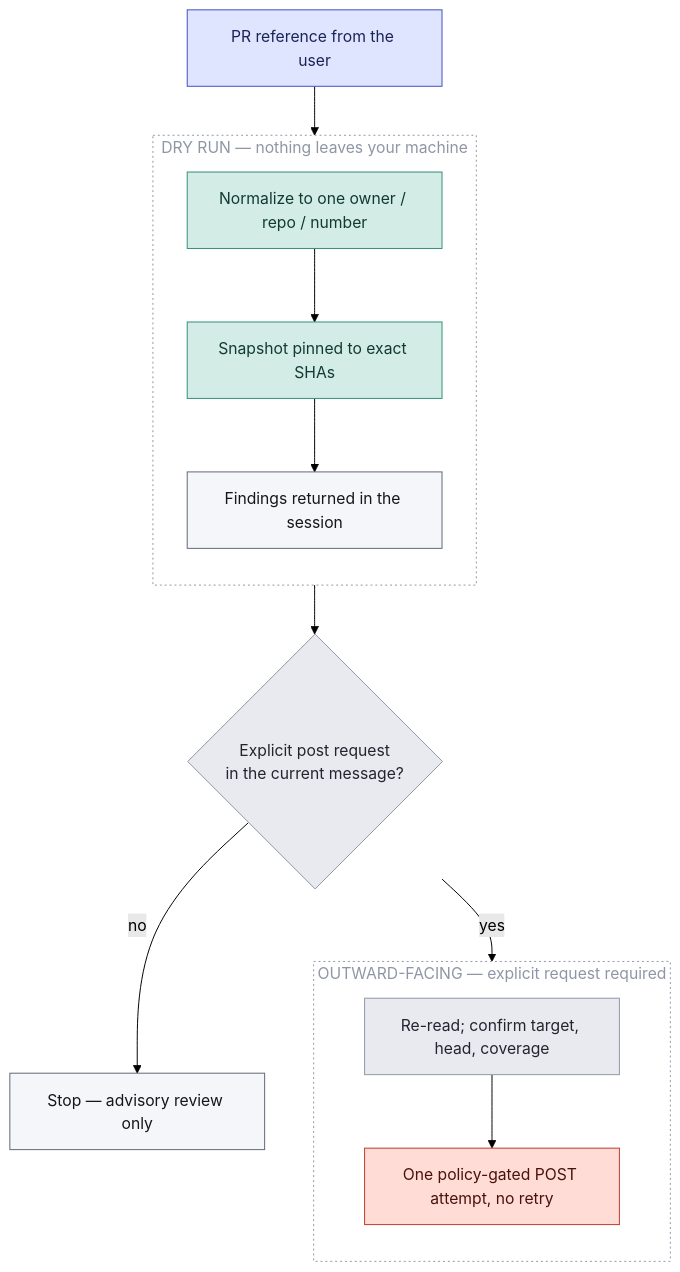
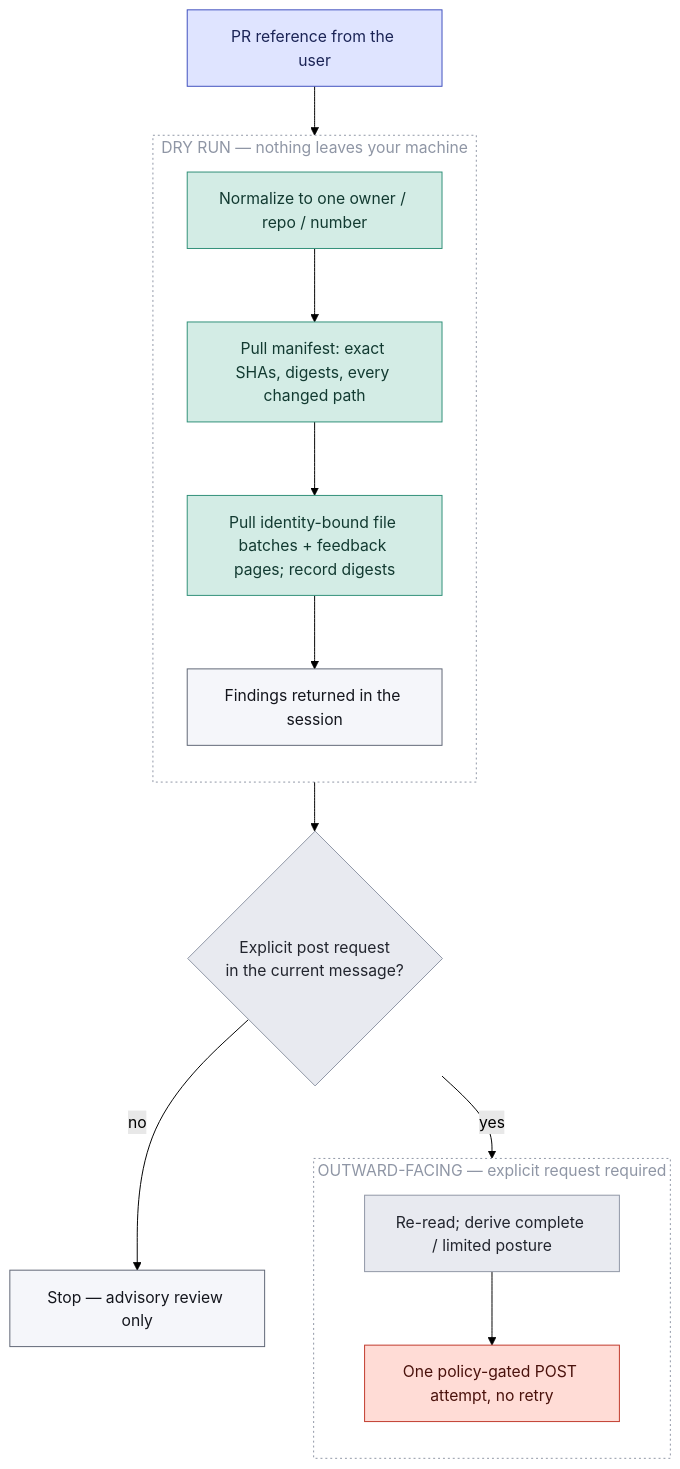
The diagram in docs/src/content/docs/workflows/review-lane.md (sean35mm/naru-opencode), drawn with Mermaid (forest theme) before and after one commit. The commit also changed other lines of this file and 15 other files, not shown here.

````diff
--- a/docs/src/content/docs/workflows/review-lane.md
+++ b/docs/src/content/docs/workflows/review-lane.md
@@ -8,33 +8,34 @@
 ```mermaid
 flowchart TB
   A["PR reference from the user"]:::entry
 
   subgraph dry["DRY RUN — nothing leaves your machine"]
     direction TB
     B["Normalize to one owner / repo / number"]:::read
-    C["Snapshot pinned to exact SHAs"]:::read
-    D["Findings returned in the session"]:::result
+    C["Pull manifest: exact SHAs, digests, every changed path"]:::read
+    D["Pull identity-bound file batches + feedback pages; record digests"]:::read
+    R["Findings returned in the session"]:::result
   end
 
   E{"Explicit post request<br/>in the current message?"}:::check
   F["Stop — advisory review only"]:::result
 
   subgraph post["OUTWARD-FACING — explicit request required"]
     direction TB
-    G["Re-read; confirm target, head, coverage"]:::check
+    G["Re-read; derive complete / limited posture"]:::check
     H["One policy-gated POST attempt, no retry"]:::danger
   end
 
-  A --> B --> C --> D --> E
+  A --> B --> C --> D --> R --> E
   E -->|no| F
   E -->|yes| G --> H
 
   style dry fill:none,stroke:#8f96a5,stroke-dasharray:2 3,color:#8f96a5
   style post fill:none,stroke:#8f96a5,stroke-dasharray:2 3,color:#8f96a5
 
   classDef entry fill:#dfe4ff,stroke:#3f4fbe,color:#1b2456
   classDef read fill:#d3ece5,stroke:#2f8f78,color:#123a31
   classDef check fill:#e8eaf0,stroke:#8f96a5,color:#22252e
   classDef danger fill:#ffdcd6,stroke:#c0392b,color:#4a120c
   classDef result fill:#f5f6fa,stroke:#5f6675,color:#14161d
 ```
````
